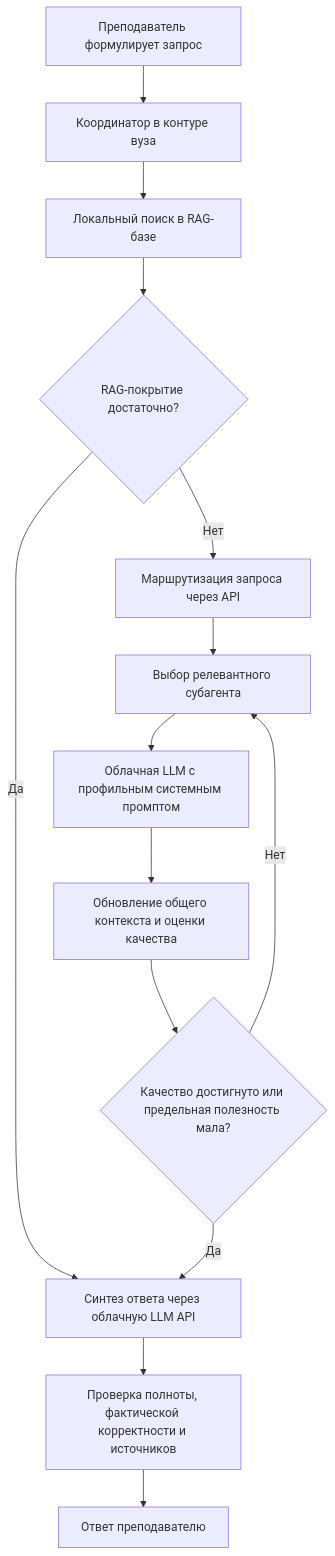
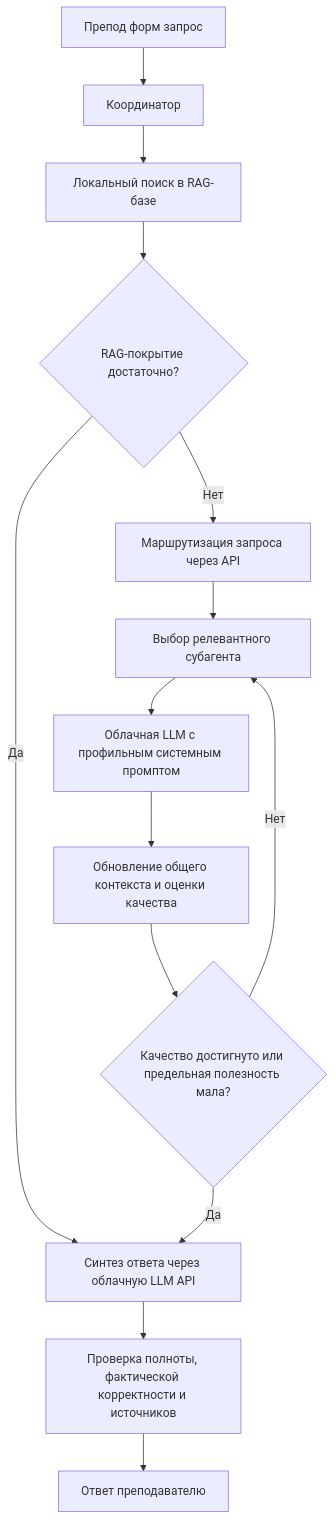
One commit to BosenkoTM/mgpu_task changed the diagram in sim_01/README.md. Above: the diagram before and after it, drawn with Mermaid.

````diff
--- a/sim_01/README.md
+++ b/sim_01/README.md
@@ -23,16 +23,16 @@
 ```mermaid
 flowchart TD
-    T[Преподаватель формулирует запрос] --> C[Координатор в контуре вуза]
+    T[Препод форм запрос] --> C[Координатор]
     C --> R[Локальный поиск в RAG-базе]
     R --> G{RAG-покрытие достаточно?}
     G -- Да --> S[Синтез ответа через облачную LLM API]
     G -- Нет --> RT[Маршрутизация запроса через API]
     RT --> A[Выбор релевантного субагента]
     A --> L[Облачная LLM с профильным системным промптом]
     L --> U[Обновление общего контекста и оценки качества]
     U --> D{Качество достигнуто или предельная полезность мала?}
     D -- Нет --> A
     D -- Да --> S
     S --> V[Проверка полноты, фактической корректности и источников]
     V --> O[Ответ преподавателю]
 ```
````
